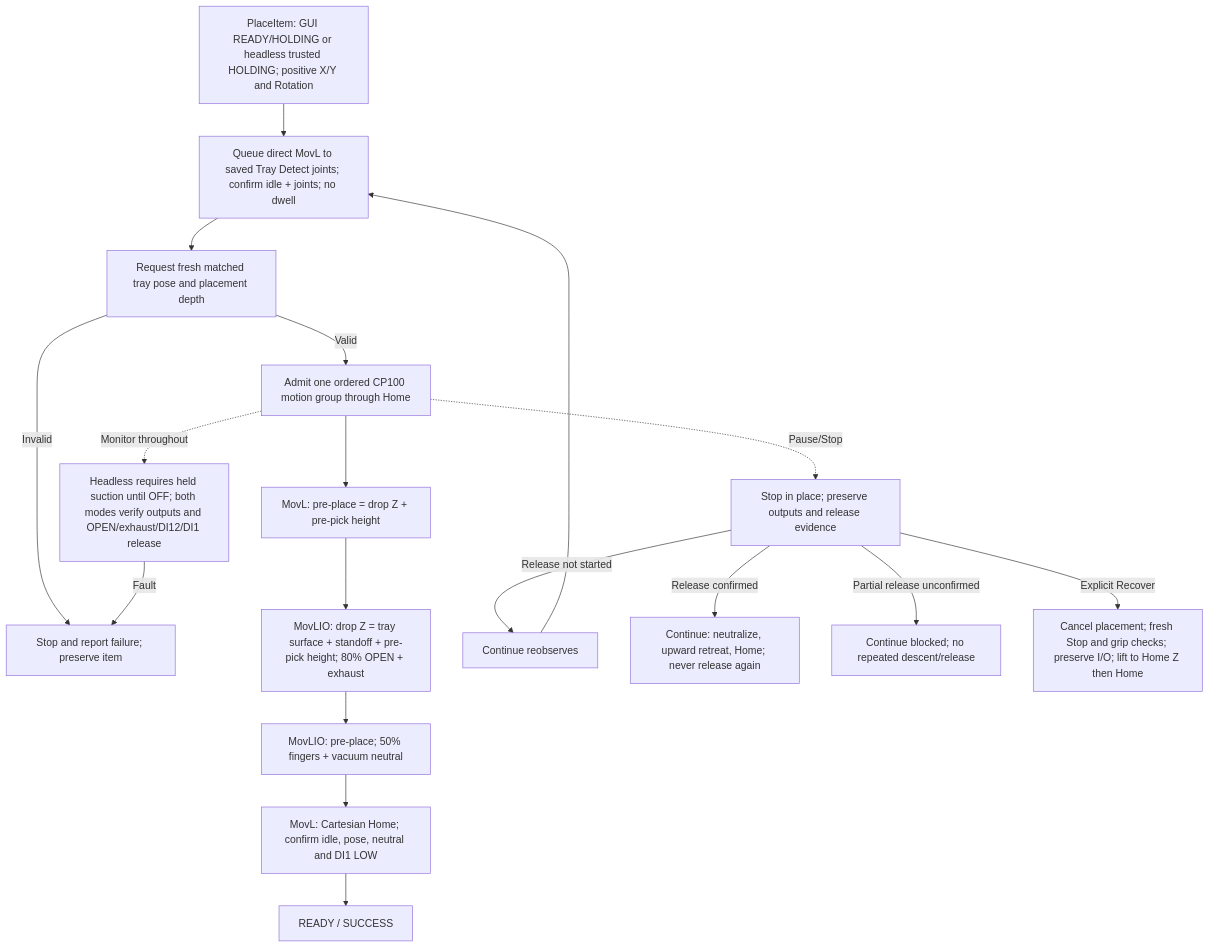
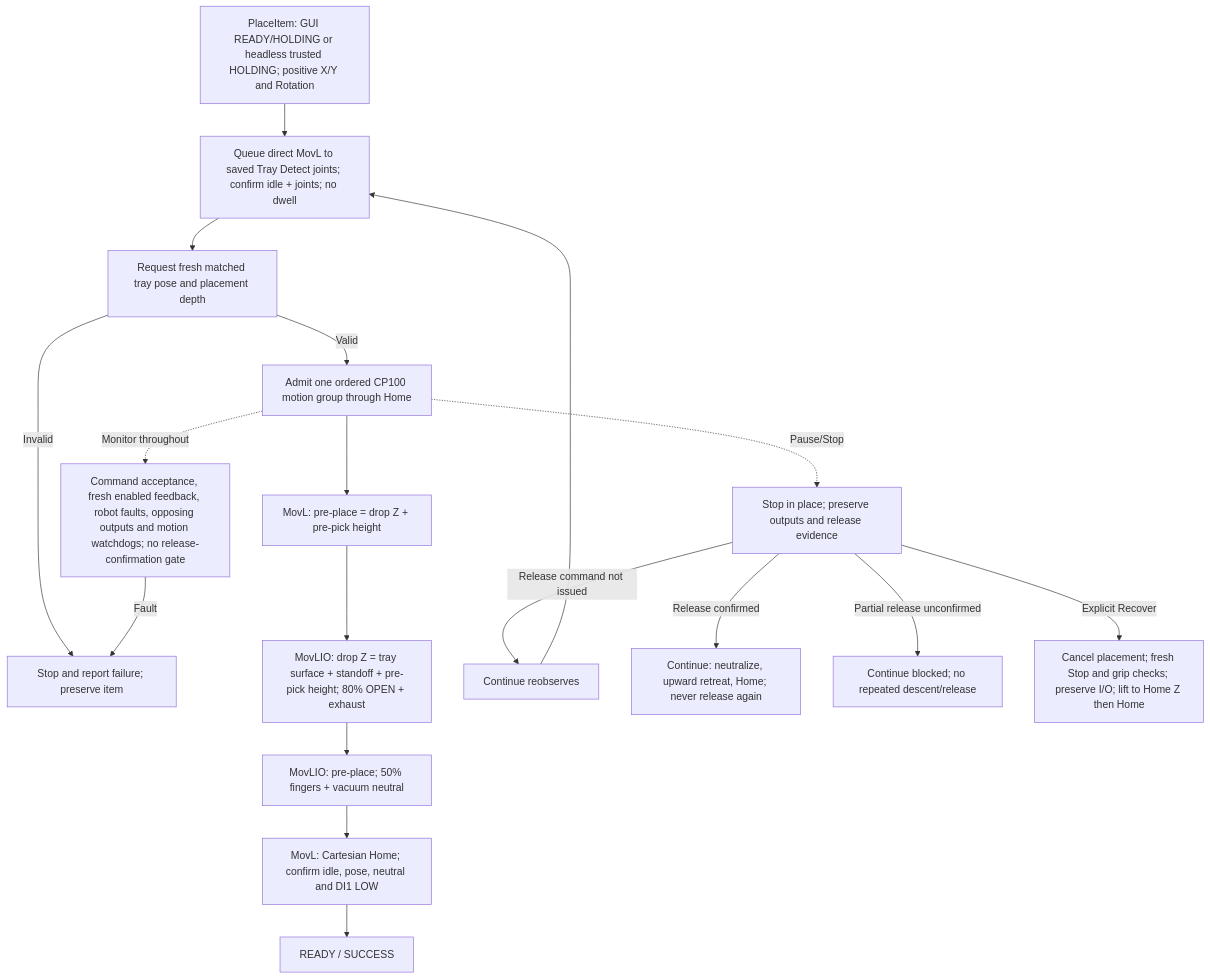
The fourth of 7 diagrams in docs/ROBOT_CONTROLLER_FSM.md (esgange/dobot_picknplace_yolo), drawn with Mermaid before and after one commit. The commit also changed other lines of this file and 11 other files, not shown here.

````diff
--- a/docs/ROBOT_CONTROLLER_FSM.md
+++ b/docs/ROBOT_CONTROLLER_FSM.md
@@ -254,20 +256,20 @@
 ```mermaid
 flowchart TD
     Request["PlaceItem: GUI READY/HOLDING or headless trusted HOLDING; positive X/Y and Rotation"] --> Observe["Queue direct MovL to saved Tray Detect joints; confirm idle + joints; no dwell"]
     Observe --> Depth["Request fresh matched tray pose and placement depth"]
     Depth -->|Invalid| Stop["Stop and report failure; preserve item"]
     Depth -->|Valid| Queue["Admit one ordered CP100 motion group through Home"]
     Queue --> Pre["MovL: pre-place = drop Z + pre-pick height"]
     Pre --> Release["MovLIO: drop Z = tray surface + standoff + pre-pick height; 80% OPEN + exhaust"]
     Release --> Retract["MovLIO: pre-place; 50% fingers + vacuum neutral"]
     Retract --> Home["MovL: Cartesian Home; confirm idle, pose, neutral and DI1 LOW"]
     Home --> Ready["READY / SUCCESS"]
-    Queue -. "Monitor throughout" .-> Feedback["Headless requires held suction until OFF; both modes verify outputs and OPEN/exhaust/DI12/DI1 release"]
+    Queue -. "Monitor throughout" .-> Feedback["Command acceptance, fresh enabled feedback, robot faults, opposing outputs and motion watchdogs; no release-confirmation gate"]
     Feedback -->|Fault| Stop
     Queue -. "Pause/Stop" .-> Stopped["Stop in place; preserve outputs and release evidence"]
-    Stopped -->|Release not started| Retry["Continue reobserves"]
+    Stopped -->|Release command not issued| Retry["Continue reobserves"]
     Retry --> Observe
     Stopped -->|Release confirmed| Recover["Continue: neutralize, upward retreat, Home; never release again"]
     Stopped -->|Partial release unconfirmed| Block["Continue blocked; no repeated descent/release"]
     Stopped -->|Explicit Recover| Cancel["Cancel placement; fresh Stop and grip checks; preserve I/O; lift to Home Z then Home"]
 ```
````
